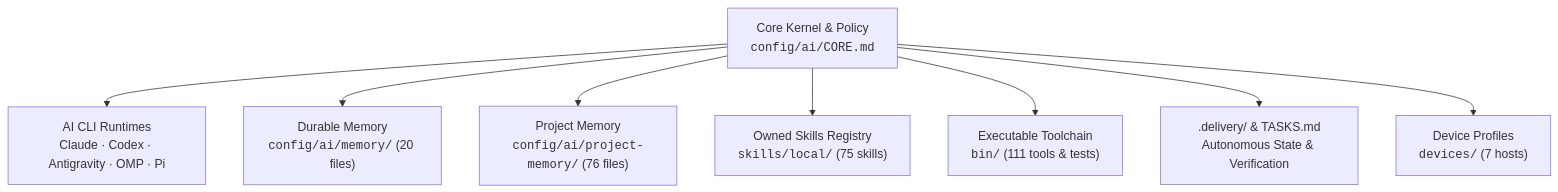
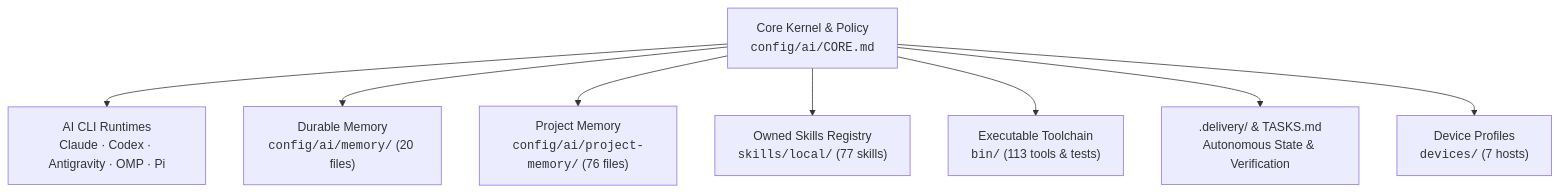
One commit to ongkipro/dotfiles changed the diagram in docs/DOTFILES_SITEMAP.md. Above: the diagram before and after it, drawn with Mermaid. The commit also changed other lines of this file and 33 other files, not shown here.

````diff
--- a/docs/DOTFILES_SITEMAP.md
+++ b/docs/DOTFILES_SITEMAP.md
@@ -12,10 +12,10 @@
 ```mermaid
 graph TD
     Kernel["Core Kernel & Policy<br/><code>config/ai/CORE.md</code>"] --> Runtimes["AI CLI Runtimes<br/>Claude · Codex · Antigravity · OMP · Pi"]
     Kernel --> Memory["Durable Memory<br/><code>config/ai/memory/</code> (20 files)"]
     Kernel --> ProjectMemory["Project Memory<br/><code>config/ai/project-memory/</code> (76 files)"]
-    Kernel --> Skills["Owned Skills Registry<br/><code>skills/local/</code> (75 skills)"]
-    Kernel --> Bin["Executable Toolchain<br/><code>bin/</code> (111 tools & tests)"]
+    Kernel --> Skills["Owned Skills Registry<br/><code>skills/local/</code> (77 skills)"]
+    Kernel --> Bin["Executable Toolchain<br/><code>bin/</code> (113 tools & tests)"]
     Kernel --> Ledger[".delivery/ & TASKS.md<br/>Autonomous State & Verification"]
     Kernel --> Devices["Device Profiles<br/><code>devices/</code> (7 hosts)"]
 ```
````
